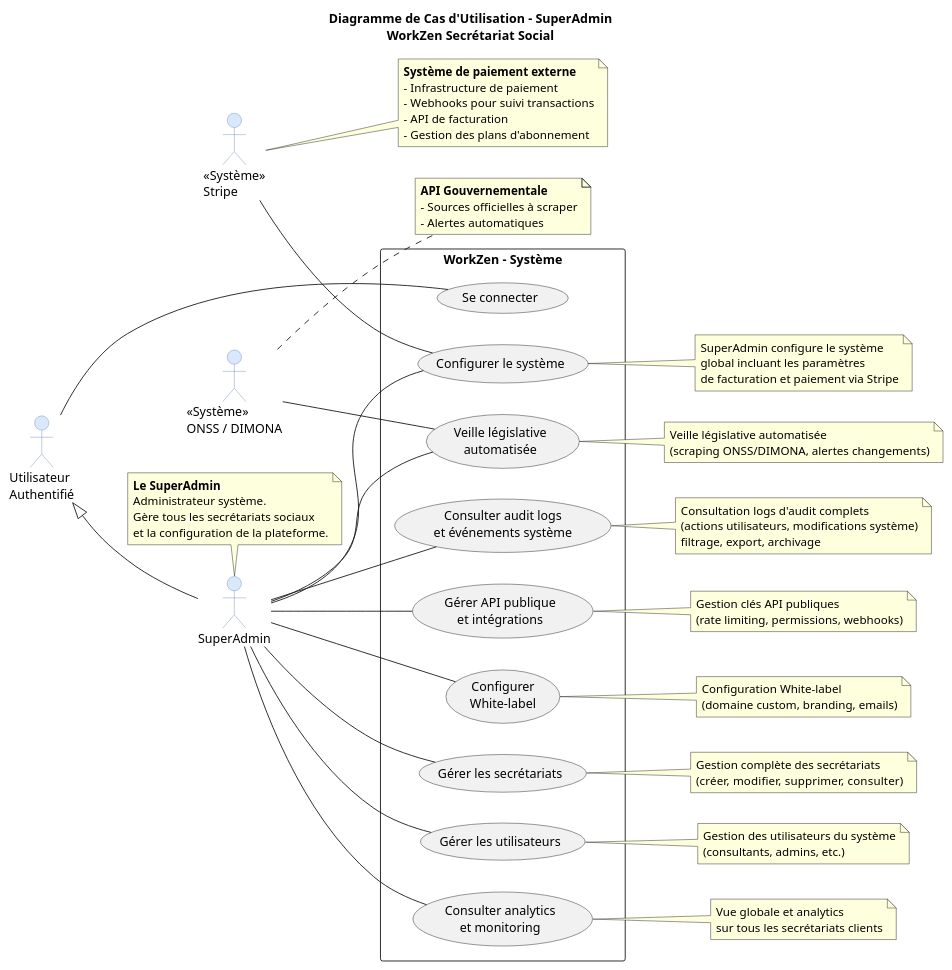
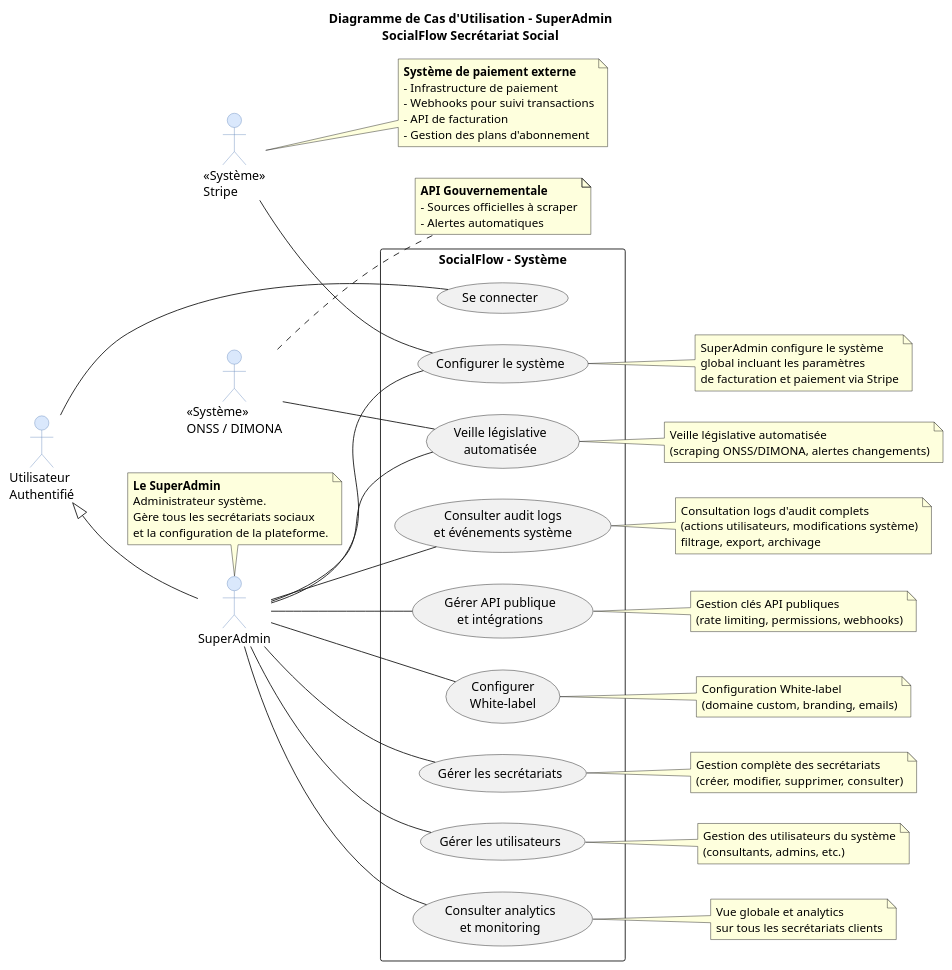
The diagram in documentation/Uml/CasDUtilisation/SuperAdmin/superadmin-use-cases.puml (Adri-2310/TFE), drawn with PlantUML before and after one commit. The commit also changed 38 other files, not shown here.

Commit message:
Remplacer tous les WorkZen par SocialFlow dans toute la documentation

```diff
--- a/documentation/Uml/CasDUtilisation/SuperAdmin/superadmin-use-cases.puml
+++ b/documentation/Uml/CasDUtilisation/SuperAdmin/superadmin-use-cases.puml
@@ -1,106 +1,106 @@
-@startuml SuperAdmin-WorkZen
-title Diagramme de Cas d'Utilisation - SuperAdmin\nWorkZen Secrétariat Social
+@startuml SuperAdmin-SocialFlow
+title Diagramme de Cas d'Utilisation - SuperAdmin\nSocialFlow Secrétariat Social
 
 left to right direction
 
 skinparam backgroundColor #FFFFFF
 skinparam actorBackgroundColor #DAE8FC
 skinparam actorBorderColor #6C8EBF
 
 actor "Utilisateur\nAuthentifié" as User
 actor SuperAdmin
 
 SuperAdmin -up-|> User
 
 note top of SuperAdmin
   **Le SuperAdmin**
   Administrateur système.
   Gère tous les secrétariats sociaux
   et la configuration de la plateforme.
 end note
 
-rectangle "WorkZen - Système" {
+rectangle "SocialFlow - Système" {
 usecase UC0 as "Se connecter"
 usecase UC10 as "Gérer les secrétariats"
 usecase UC20 as "Gérer les utilisateurs"
 usecase UC30 as "Consulter analytics\net monitoring"
 usecase UC40 as "Configurer le système"
 usecase UC50 as "Consulter audit logs\net événements système"
 usecase UC60 as "Veille législative\nautomatisée"
 usecase UC70 as "Gérer API publique\net intégrations"
 usecase UC80 as "Configurer\nWhite-label"
 }
 
 actor "<<Système>>\nStripe" as Stripe
 actor "<<Système>>\nONSS / DIMONA" as ONSS
 
 User -- UC0
 SuperAdmin -- UC10
 SuperAdmin -- UC20
 SuperAdmin -- UC30
 SuperAdmin -- UC40
 SuperAdmin -- UC50
 SuperAdmin -- UC60
 SuperAdmin -- UC70
 SuperAdmin -- UC80
 
 Stripe -- UC40
 ONSS -- UC60
 
 note right of Stripe
   **Système de paiement externe**
   - Infrastructure de paiement
   - Webhooks pour suivi transactions
   - API de facturation
   - Gestion des plans d'abonnement
 end note
 
 note right of ONSS
   **API Gouvernementale**
   - Sources officielles à scraper
   - Alertes automatiques
 end note
 
 note right of UC40
   SuperAdmin configure le système
   global incluant les paramètres
   de facturation et paiement via Stripe
 end note
 
 note right of UC10
   Gestion complète des secrétariats
   (créer, modifier, supprimer, consulter)
 end note
 
 note right of UC20
   Gestion des utilisateurs du système
   (consultants, admins, etc.)
 end note
 
 note right of UC30
   Vue globale et analytics
   sur tous les secrétariats clients
 end note
 
 note right of UC50
   Consultation logs d'audit complets
   (actions utilisateurs, modifications système)
   filtrage, export, archivage
 end note
 
 note right of UC60
   Veille législative automatisée
   (scraping ONSS/DIMONA, alertes changements)
 end note
 
 note right of UC70
   Gestion clés API publiques
   (rate limiting, permissions, webhooks)
 end note
 
 note right of UC80
   Configuration White-label
   (domaine custom, branding, emails)
 end note
 
 @enduml
```
